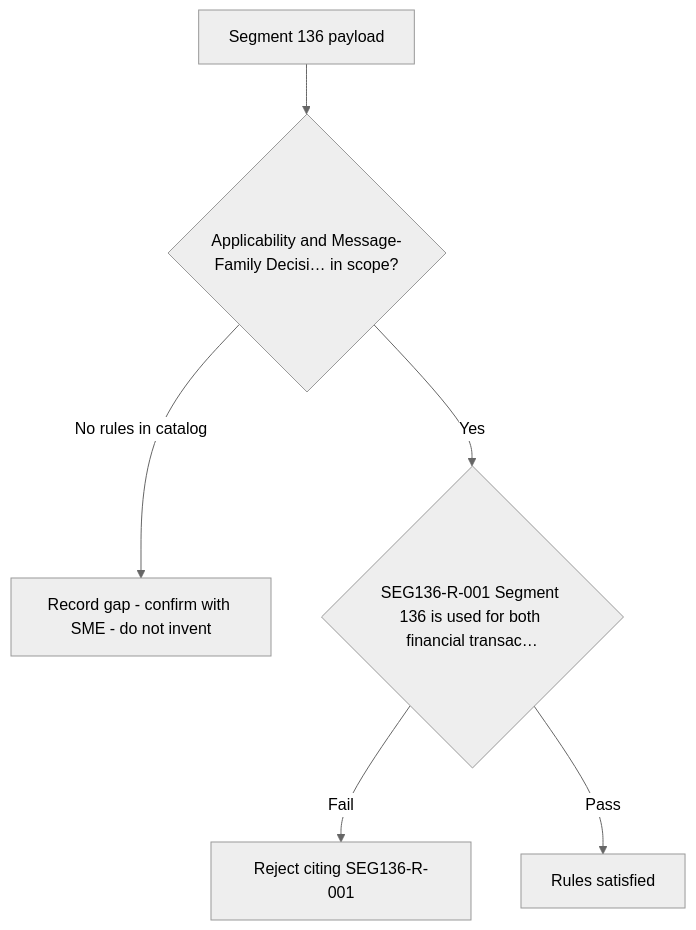
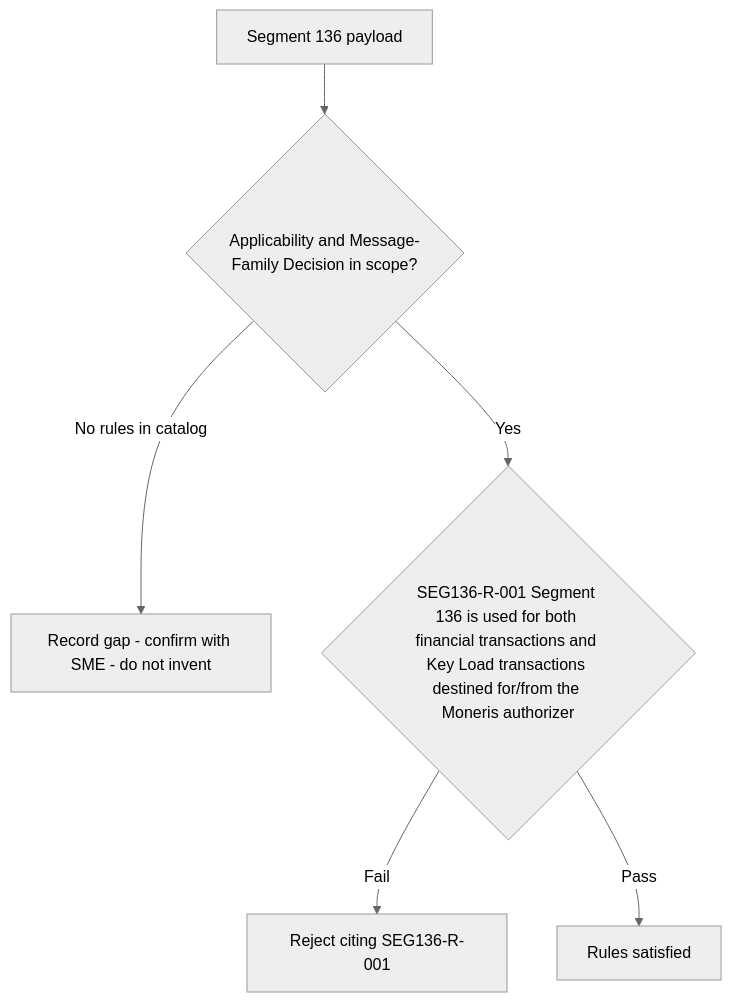
The diagram in regression-artifact-validator/specifications/ATL105/docs/specs/kb/segment-136/applicability-decision-flow.md (DhanSingh-hub/core-auth-ai-validation-framework), drawn with Mermaid (neutral theme) before and after one commit. The commit also changed 150 other files, not shown here.

````diff
--- a/regression-artifact-validator/specifications/ATL105/docs/specs/kb/segment-136/applicability-decision-flow.md
+++ b/regression-artifact-validator/specifications/ATL105/docs/specs/kb/segment-136/applicability-decision-flow.md
@@ -3,8 +3,8 @@
 ```mermaid
 flowchart TD
-    A[Segment 136 payload] --> B{Applicability and Message-Family Decisi… in scope?}
+    A[Segment 136 payload] --> B{Applicability and Message-Family Decision in scope?}
     B -->|No rules in catalog| G[Record gap - confirm with SME - do not invent]
-    B -->|Yes| R1{SEG136-R-001 Segment 136 is used for both financial transac…}
+    B -->|Yes| R1{SEG136-R-001 Segment 136 is used for both financial transactions and Key Load transactions destined for/from the Moneris authorizer}
     R1 -->|Fail| X1[Reject citing SEG136-R-001]
     R1 -->|Pass| Z[Rules satisfied]
 ```
````
